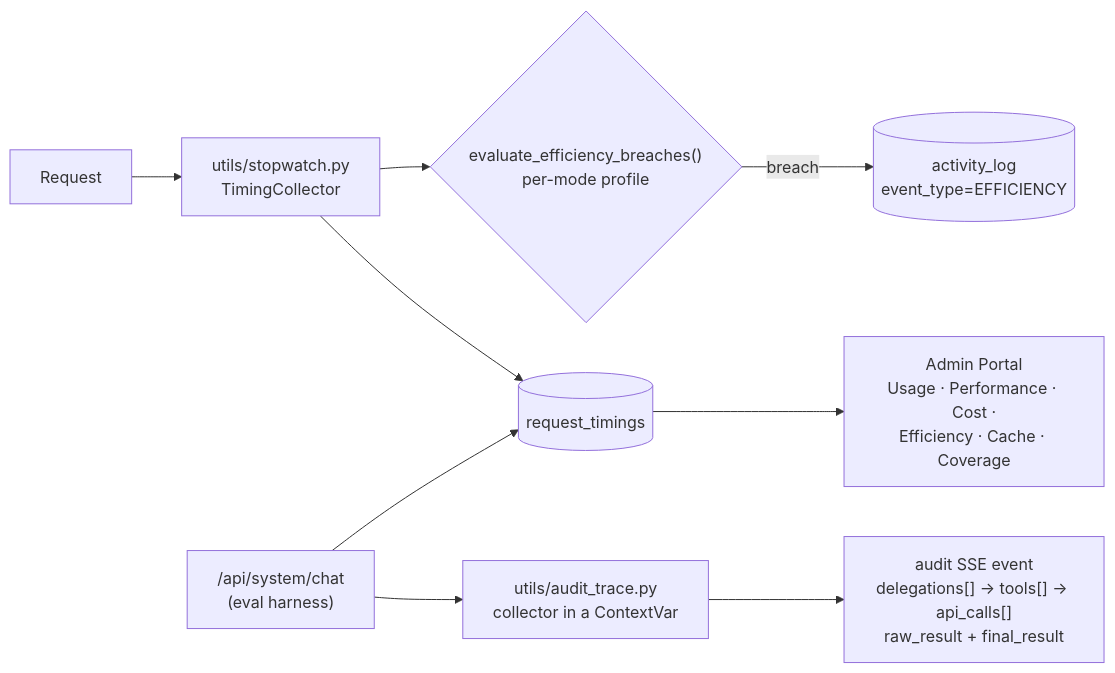
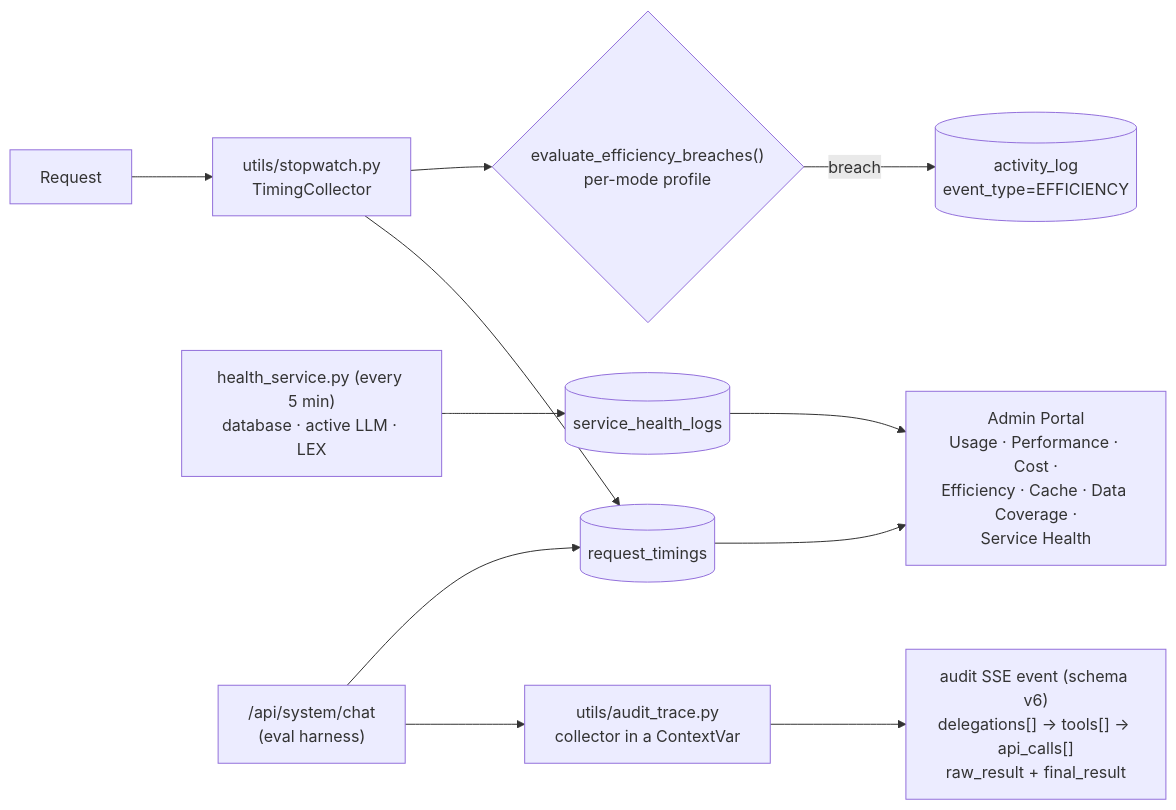
Diagram 13 of 15 in docs/ARCHITECTURE.md (delphium226/LexChat), drawn with Mermaid before and after one commit. The commit also changed other lines of this file and 18 other files, not shown here.

````diff
--- a/docs/ARCHITECTURE.md
+++ b/docs/ARCHITECTURE.md
@@ -684,12 +992,15 @@
 ```mermaid
 flowchart LR
     req["Request"] --> sw["utils/stopwatch.py<br/>TimingCollector"]
     sw --> rt[("request_timings")]
     sw --> breach{"evaluate_efficiency_breaches()<br/>per-mode profile"}
     breach -- breach --> al[("activity_log<br/>event_type=EFFICIENCY")]
-    rt --> dash["Admin Portal<br/>Usage · Performance · Cost ·<br/>Efficiency · Cache · Coverage"]
+    rt --> dash["Admin Portal<br/>Usage · Performance · Cost ·<br/>Efficiency · Cache · Data Coverage ·<br/>Service Health"]
+
+    hs["health_service.py (every 5 min)<br/>database · active LLM · LEX"] --> shl[("service_health_logs")]
+    shl --> dash
 
     sysreq["/api/system/chat<br/>(eval harness)"] --> at["utils/audit_trace.py<br/>collector in a ContextVar"]
-    at --> ev["audit SSE event<br/>delegations[] → tools[] → api_calls[]<br/>raw_result + final_result"]
+    at --> ev["audit SSE event (schema v6)<br/>delegations[] → tools[] → api_calls[]<br/>raw_result + final_result"]
     sysreq --> rt
 ```
````
